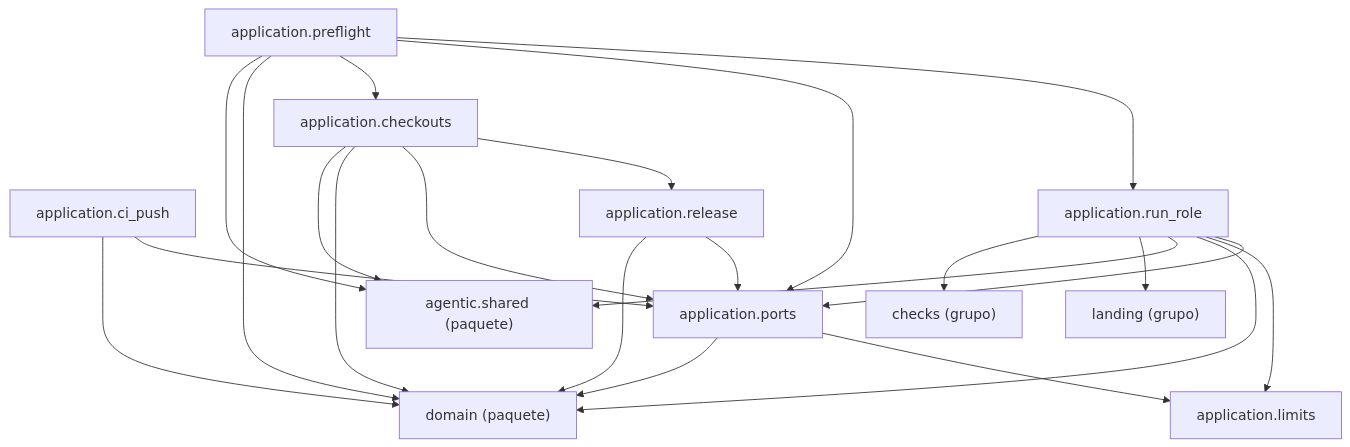
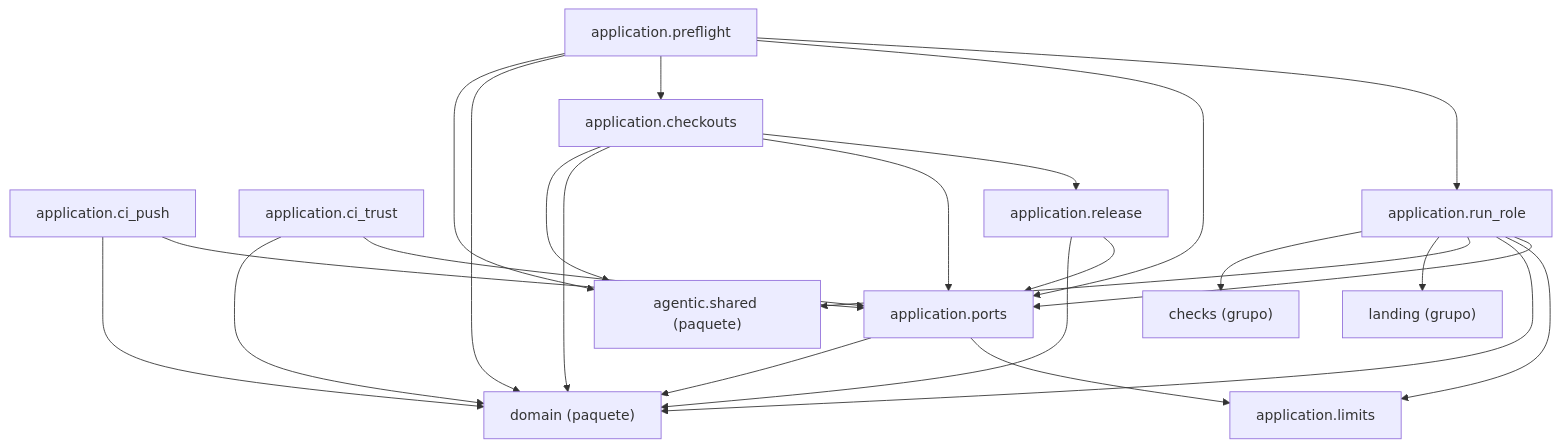
One commit to GonzaloZevallos/agentic-system changed the diagram in docs/architecture/generated/packages-process-application-support.md. Above: the diagram before and after it, drawn with Mermaid. The commit also changed other lines of this file and 23 other files, not shown here.

````diff
--- a/docs/architecture/generated/packages-process-application-support.md
+++ b/docs/architecture/generated/packages-process-application-support.md
@@ -17,35 +16,38 @@
 ```mermaid
 graph TD
     g_application__checks["checks (grupo)"]
     g_application__landing["landing (grupo)"]
     g_pkg__agentic__shared["agentic.shared (paquete)"]
     g_pkg__domain["domain (paquete)"]
     m_application__checkouts["application.checkouts"]
     m_application__ci_push["application.ci_push"]
+    m_application__ci_trust["application.ci_trust"]
     m_application__limits["application.limits"]
     m_application__ports["application.ports"]
     m_application__preflight["application.preflight"]
     m_application__release["application.release"]
     m_application__run_role["application.run_role"]
     m_application__checkouts --> g_pkg__agentic__shared
     m_application__checkouts --> g_pkg__domain
     m_application__checkouts --> m_application__ports
     m_application__checkouts --> m_application__release
     m_application__ci_push --> g_pkg__domain
     m_application__ci_push --> m_application__ports
+    m_application__ci_trust --> g_pkg__domain
+    m_application__ci_trust --> m_application__ports
     m_application__ports --> g_pkg__domain
     m_application__ports --> m_application__limits
     m_application__preflight --> g_pkg__agentic__shared
     m_application__preflight --> g_pkg__domain
     m_application__preflight --> m_application__checkouts
     m_application__preflight --> m_application__ports
     m_application__preflight --> m_application__run_role
     m_application__release --> g_pkg__domain
     m_application__release --> m_application__ports
     m_application__run_role --> g_application__checks
     m_application__run_role --> g_application__landing
     m_application__run_role --> g_pkg__agentic__shared
     m_application__run_role --> g_pkg__domain
     m_application__run_role --> m_application__limits
     m_application__run_role --> m_application__ports
 ```
````
